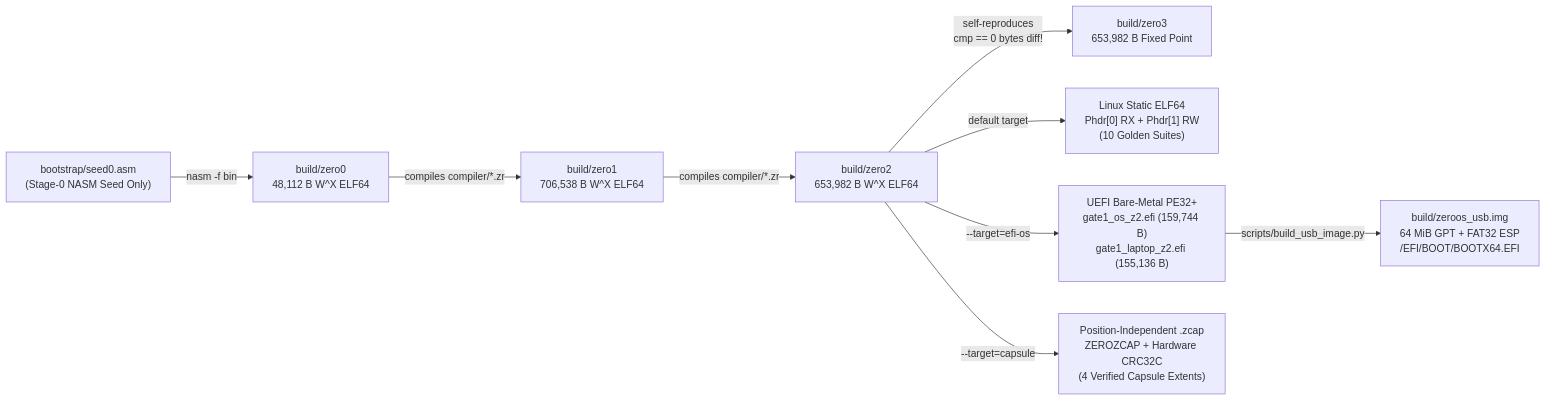
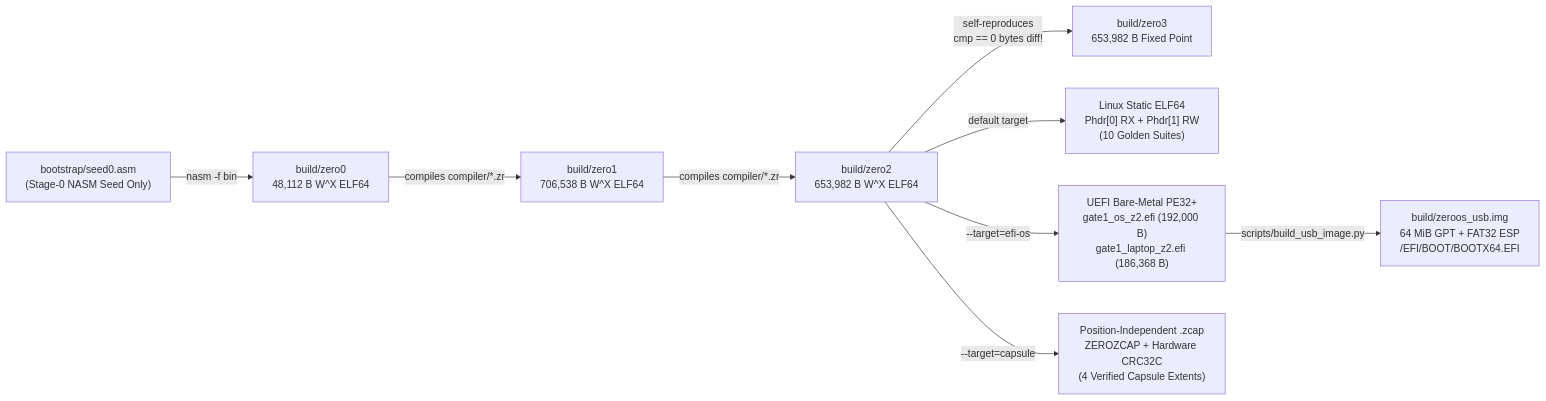
The diagram in README.md (Cetin-Furkan/zero), drawn with Mermaid before and after one commit. The commit also changed other lines of this file and 11 other files, not shown here.

````diff
--- a/README.md
+++ b/README.md
@@ -26,12 +26,12 @@
 ```mermaid
 flowchart LR
     SEED["bootstrap/seed0.asm\n(Stage-0 NASM Seed Only)"] -->|"nasm -f bin"| Z0["build/zero0\n48,112 B W^X ELF64"]
     Z0 -->|"compiles compiler/*.zr"| Z1["build/zero1\n706,538 B W^X ELF64"]
     Z1 -->|"compiles compiler/*.zr"| Z2["build/zero2\n653,982 B W^X ELF64"]
     Z2 -->|"self-reproduces\ncmp == 0 bytes diff!"| Z3["build/zero3\n653,982 B Fixed Point"]
 
     Z2 -->|"default target"| ELF["Linux Static ELF64\nPhdr[0] RX + Phdr[1] RW\n(10 Golden Suites)"]
-    Z2 -->|"--target=efi-os"| EFI["UEFI Bare-Metal PE32+\ngate1_os_z2.efi (159,744 B)\ngate1_laptop_z2.efi (155,136 B)"]
+    Z2 -->|"--target=efi-os"| EFI["UEFI Bare-Metal PE32+\ngate1_os_z2.efi (192,000 B)\ngate1_laptop_z2.efi (186,368 B)"]
     Z2 -->|"--target=capsule"| CAP["Position-Independent .zcap\nZEROZCAP + Hardware CRC32C\n(4 Verified Capsule Extents)"]
     EFI -->|"scripts/build_usb_image.py"| USB["build/zeroos_usb.img\n64 MiB GPT + FAT32 ESP\n/EFI/BOOT/BOOTX64.EFI"]
 ```
````
